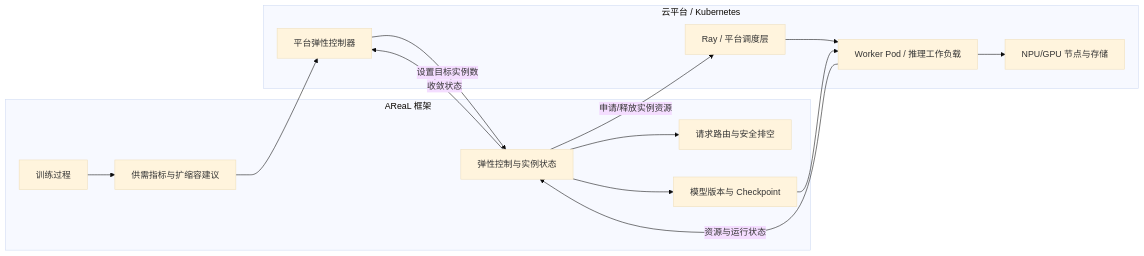
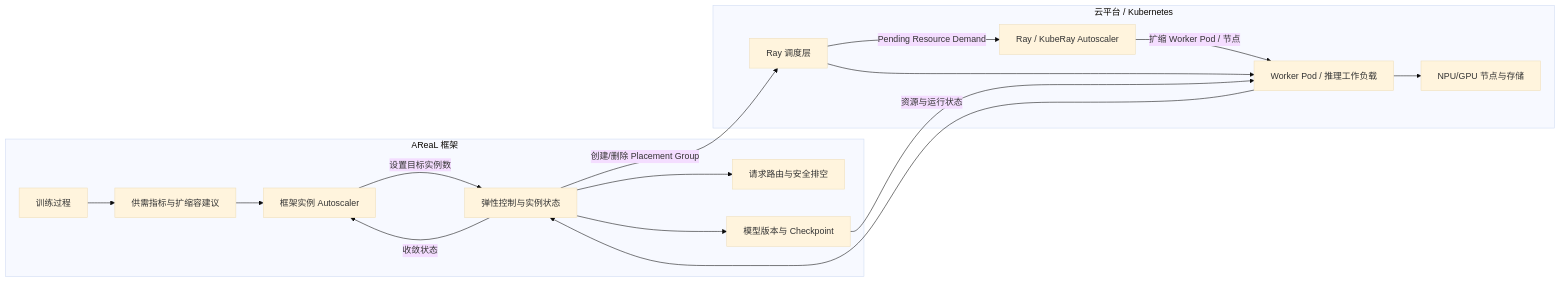
Before and after one commit to hailuoS/AReaL: the first of 5 diagrams in docs/zh/reference/rollout_elasticity_platform_integration.md, drawn with Mermaid (base theme). The commit also changed other lines of this file and 8 other files, not shown here.

````diff
--- a/docs/zh/reference/rollout_elasticity_platform_integration.md
+++ b/docs/zh/reference/rollout_elasticity_platform_integration.md
@@ -29,29 +29,32 @@
 ```mermaid
 flowchart LR
     subgraph AReaL[AReaL 框架]
         Trainer[训练过程]
         Metrics[供需指标与扩缩容建议]
+        Policy[框架实例 Autoscaler]
         Controller[弹性控制与实例状态]
         Routing[请求路由与安全排空]
         Version[模型版本与 Checkpoint]
     end
 
     subgraph Platform[云平台 / Kubernetes]
-        Autoscaler[平台弹性控制器]
-        Scheduler[Ray / 平台调度层]
+        Autoscaler[Ray / KubeRay Autoscaler]
+        Scheduler[Ray 调度层]
         Workload[Worker Pod / 推理工作负载]
         Resource[NPU/GPU 节点与存储]
     end
 
     Trainer --> Metrics
-    Metrics --> Autoscaler
-    Autoscaler -->|设置目标实例数| Controller
-    Controller -->|申请/释放实例资源| Scheduler
+    Metrics --> Policy
+    Policy -->|设置目标实例数| Controller
+    Controller -->|创建/删除 Placement Group| Scheduler
+    Scheduler -->|Pending Resource Demand| Autoscaler
+    Autoscaler -->|扩缩 Worker Pod / 节点| Workload
     Scheduler --> Workload
     Workload --> Resource
     Controller --> Version
     Controller --> Routing
     Version --> Workload
     Workload -->|资源与运行状态| Controller
-    Controller -->|收敛状态| Autoscaler
+    Controller -->|收敛状态| Policy
 ```
````
